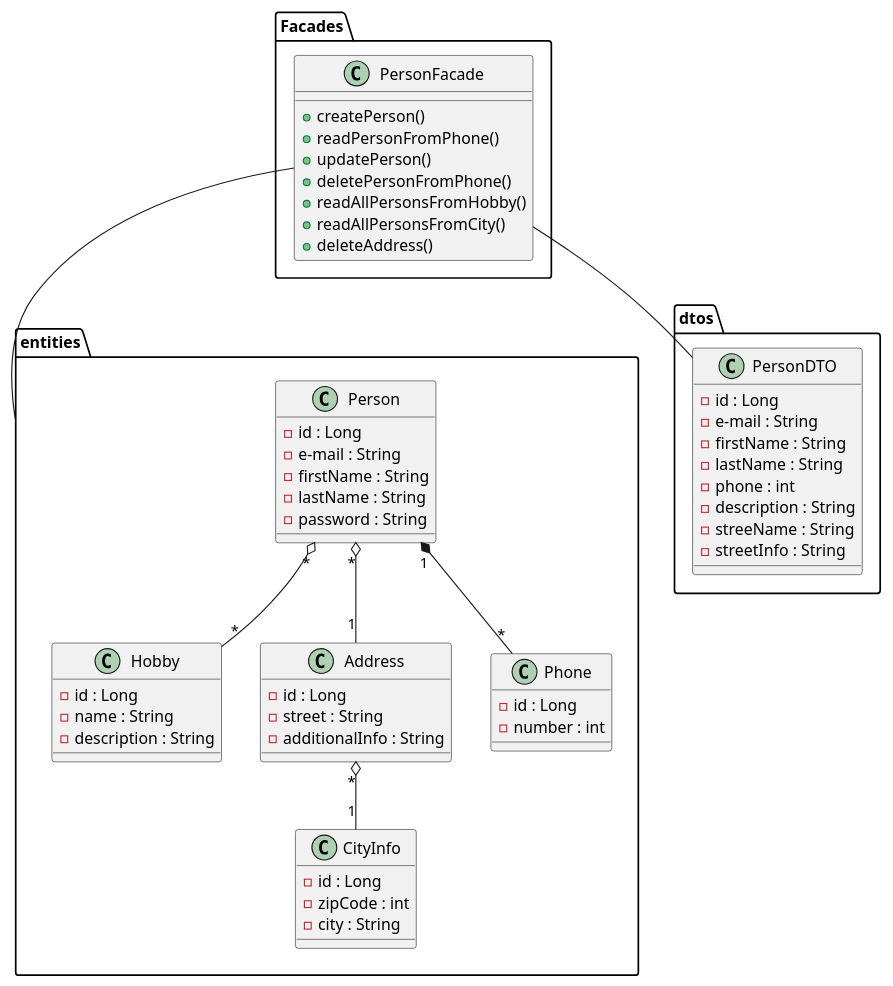
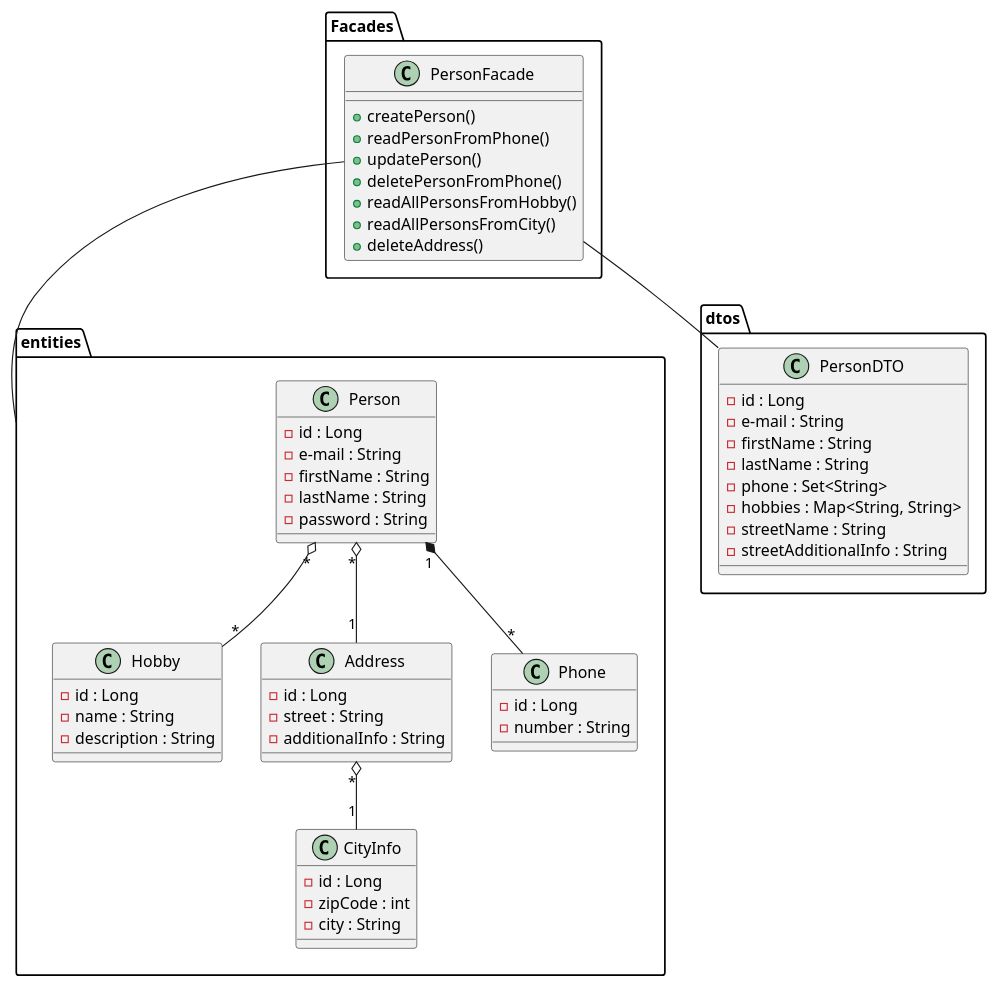
The diagram in doc/Class Diagram.puml (DeRp-DaWg/CA-1), drawn with PlantUML before and after one commit. The commit also changed 4 other files, not shown here.

```diff
--- a/doc/Class Diagram.puml
+++ b/doc/Class Diagram.puml
@@ -1,70 +1,70 @@
 @startuml
 'https://plantuml.com/class-diagram
 
 package entities {
     class Person {
     - id : Long
     - e-mail : String
     - firstName : String
     - lastName : String
     - password : String
     }
 
     class Hobby {
     - id : Long
     - name : String
     - description : String
     }
 
     class Address {
     - id : Long
     - street : String
     - additionalInfo : String
     }
 
     class Phone {
     - id : Long
-    - number : int
+    - number : String
     }
 
     class CityInfo {
     - id : Long
     - zipCode : int
     - city : String
     }
 }
 
 package dtos {
     class PersonDTO {
     - id : Long
     - e-mail : String
     - firstName : String
     - lastName : String
-    - phone : int
-    - description : String
-    - streeName : String
-    - streetInfo : String
+    - phone : Set<String>
+    - hobbies : Map<String, String>
+    - streetName : String
+    - streetAdditionalInfo : String
     }
 }
 
 package Facades {
     class PersonFacade {
     + createPerson()
     + readPersonFromPhone()
     + updatePerson()
     + deletePersonFromPhone()
     + readAllPersonsFromHobby()
     + readAllPersonsFromCity()
     + deleteAddress()
     }
 }
 
 Person "*" o-- "*" Hobby
 Person "*" o-- "1" Address
 Person "1" *-- "*" Phone
 Address "*" o-- "1" CityInfo
 
 PersonFacade -- entities
 PersonFacade -- PersonDTO
 
 @enduml
```
